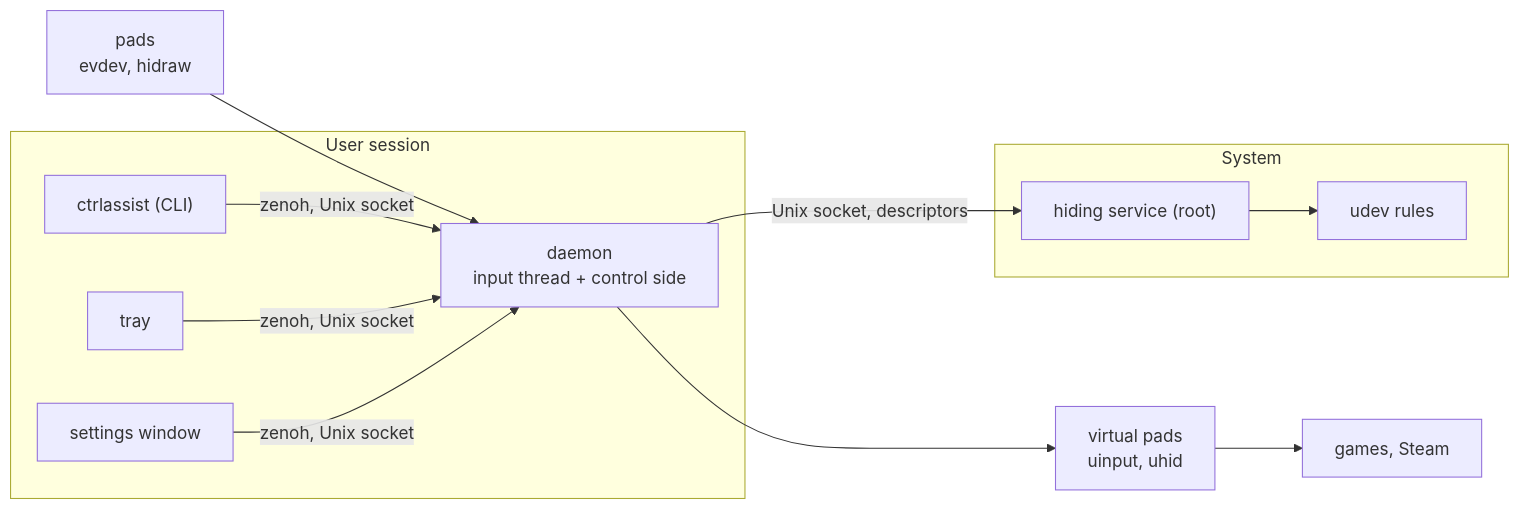
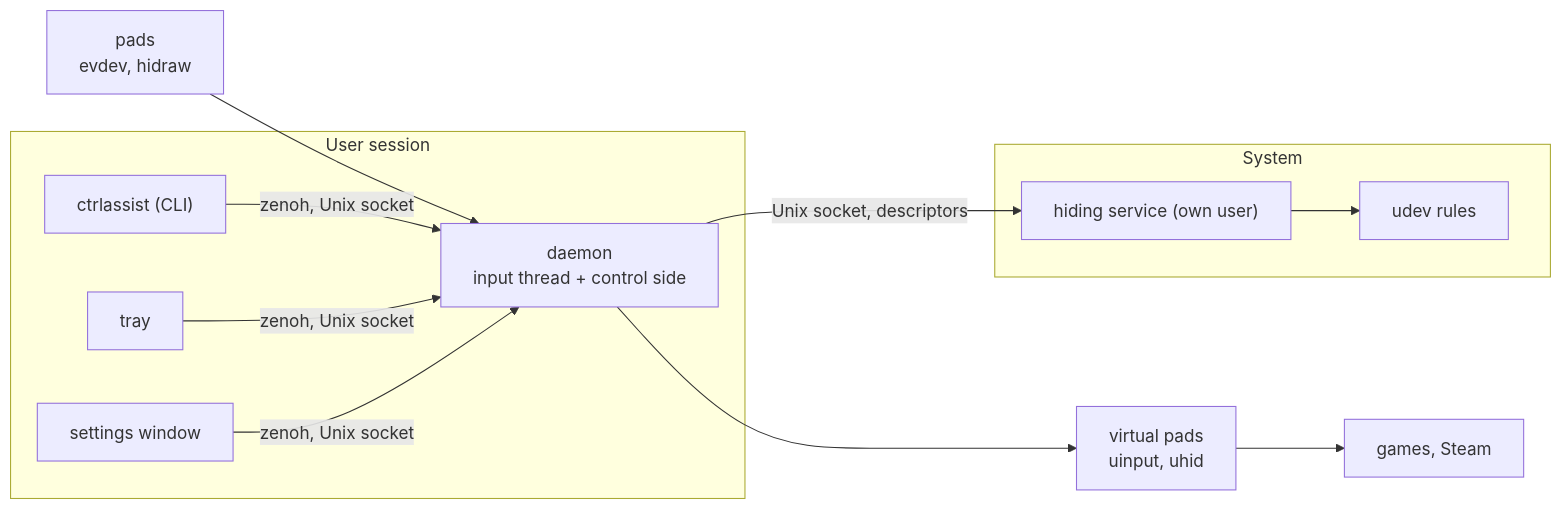
Before and after one commit to ruffsl/CtrlAssist: the first of 2 diagrams in docs/architecture.md, drawn with Mermaid. The commit also changed other lines of this file and 33 other files, not shown here.

First line of the commit message:
feat(hider): run as a user of its own, hiding pads by a static rule and marker files

````diff
--- a/docs/architecture.md
+++ b/docs/architecture.md
@@ -35,21 +35,21 @@
 ```mermaid
 flowchart LR
     subgraph user["User session"]
         cli["ctrlassist (CLI)"]
         tray["tray"]
         gui["settings window"]
         daemon["daemon<br>input thread + control side"]
     end
     subgraph system["System"]
-        hider["hiding service (root)"]
+        hider["hiding service (own user)"]
         udev["udev rules"]
     end
     pads["pads<br>evdev, hidraw"] --> daemon
     daemon --> vpads["virtual pads<br>uinput, uhid"]
     vpads --> games["games, Steam"]
     cli -- "zenoh, Unix socket" --> daemon
     tray -- "zenoh, Unix socket" --> daemon
     gui -- "zenoh, Unix socket" --> daemon
     daemon -- "Unix socket, descriptors" --> hider
     hider --> udev
 ```
````
